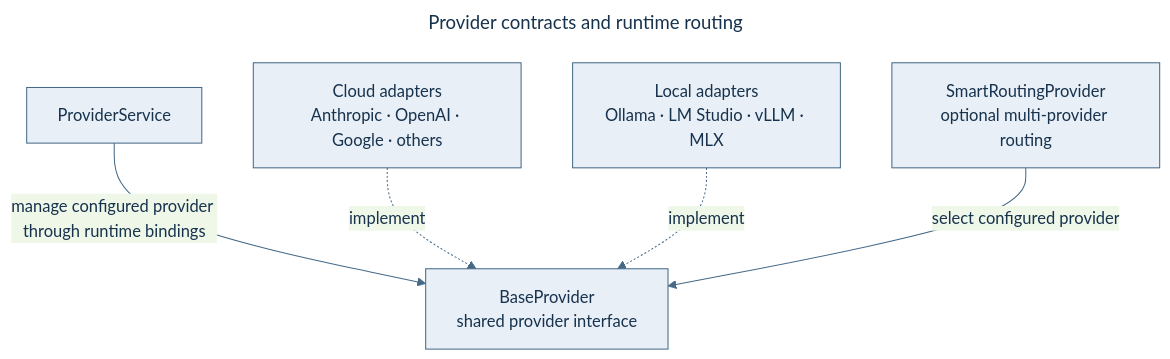
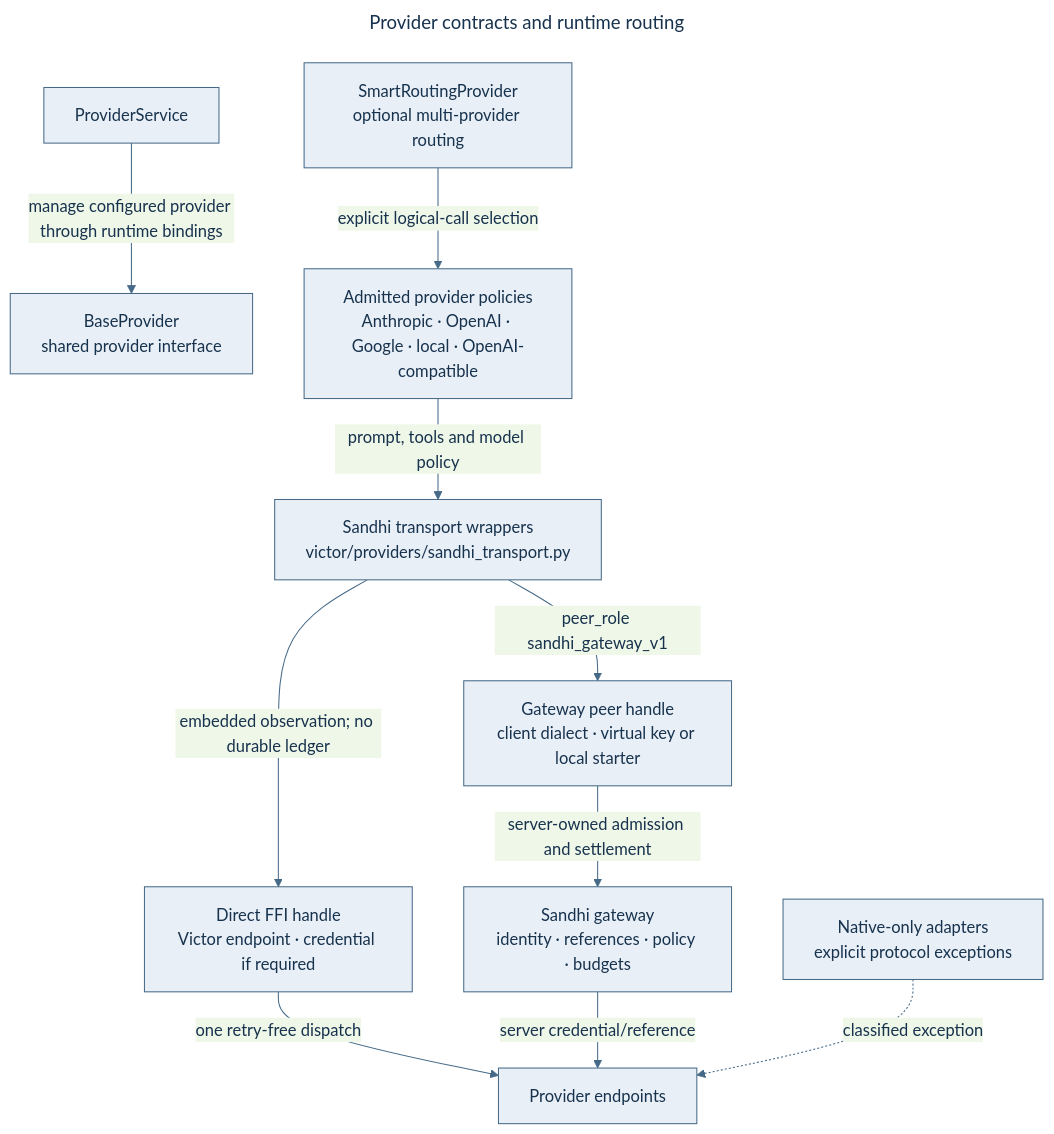
Before and after one commit to anvai-labs/victor: the fourth of 13 diagrams in docs/architecture.md, drawn with Mermaid. The commit also changed other lines of this file and 6 other files, not shown here.

Commit message:
docs: reconcile Sandhi provider architecture

````diff
--- a/docs/architecture.md
+++ b/docs/architecture.md
@@ -269,16 +292,26 @@
 ```mermaid
 ---
 title: Provider contracts and runtime routing
 ---
 %%{init: {"theme":"base","themeVariables":{"primaryColor":"#E8EFF7","primaryTextColor":"#17324D","primaryBorderColor":"#456987","lineColor":"#456987","fontFamily":"Arial"}}}%%
 flowchart TB
   S["ProviderService"]
   B["BaseProvider<br/>shared provider interface"]
-  C["Cloud adapters<br/>Anthropic · OpenAI · Google · others"]
-  L["Local adapters<br/>Ollama · LM Studio · vLLM · MLX"]
+  A["Admitted provider policies<br/>Anthropic · OpenAI · Google · local · OpenAI-compatible"]
+  T["Sandhi transport wrappers<br/>victor/providers/sandhi_transport.py"]
+  D["Direct FFI handle<br/>Victor endpoint · credential if required"]
+  G["Gateway peer handle<br/>client dialect · virtual key or local starter"]
+  SG["Sandhi gateway<br/>identity · references · policy · budgets"]
   R["SmartRoutingProvider<br/>optional multi-provider routing"]
+  N["Native-only adapters<br/>explicit protocol exceptions"]
+  U["Provider endpoints"]
   S -->|"manage configured provider through runtime bindings"| B
-  C -.->|"implement"| B
-  L -.->|"implement"| B
-  R -->|"select configured provider"| B
+  A -->|"prompt, tools and model policy"| T
+  T -->|"embedded observation; no durable ledger"| D
+  T -->|"peer_role sandhi_gateway_v1"| G
+  G -->|"server-owned admission and settlement"| SG
+  D -->|"one retry-free dispatch"| U
+  SG -->|"server credential/reference"| U
+  R -->|"explicit logical-call selection"| A
+  N -.->|"classified exception"| U
 ```
````
